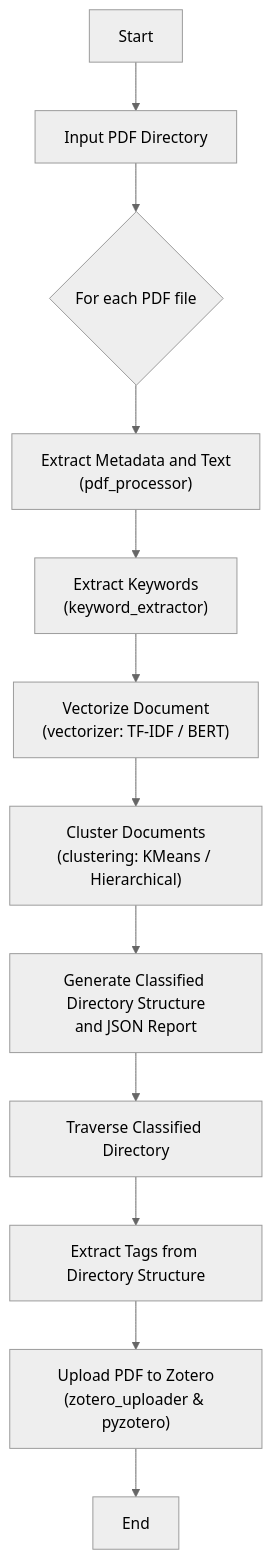
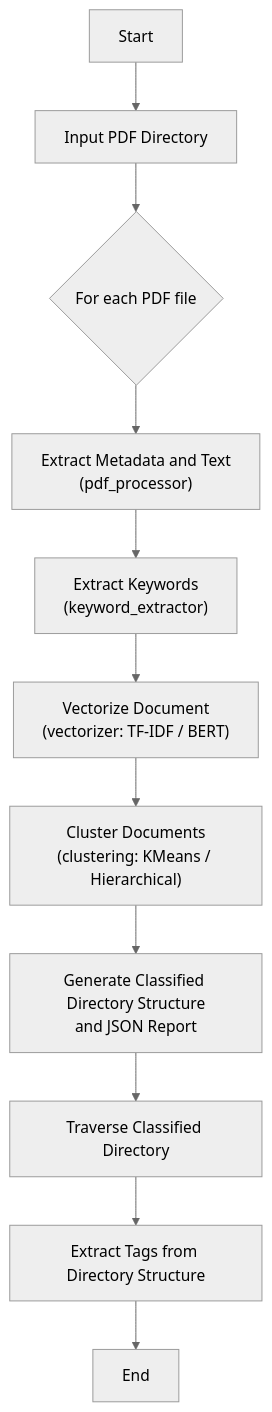
The diagram in README.md (xls2020/pdf-auto-classifier), drawn with Mermaid (neutral theme) before and after one commit. The commit also changed other lines of this file and 1 other file, not shown here.

Commit message:
Delete codes for Zotero

````diff
--- a/README.md
+++ b/README.md
@@ -45,14 +42,13 @@
 ```mermaid
 flowchart TD
     A[Start] --> B[Input PDF Directory]
     B --> C{For each PDF file}
     C --> D["Extract Metadata and Text<br>(pdf_processor)"]
     D --> E["Extract Keywords<br>(keyword_extractor)"]
     E --> F["Vectorize Document<br>(vectorizer: TF-IDF / BERT)"]
     F --> G["Cluster Documents<br>(clustering: KMeans / Hierarchical)"]
     G --> H["Generate Classified Directory Structure<br>and JSON Report"]
     H --> I[Traverse Classified Directory]
     I --> J[Extract Tags from Directory Structure]
-    J --> K["Upload PDF to Zotero<br>(zotero_uploader & pyzotero)"]
-    K --> L[End]
+    J --> L[End]
 ```
````
